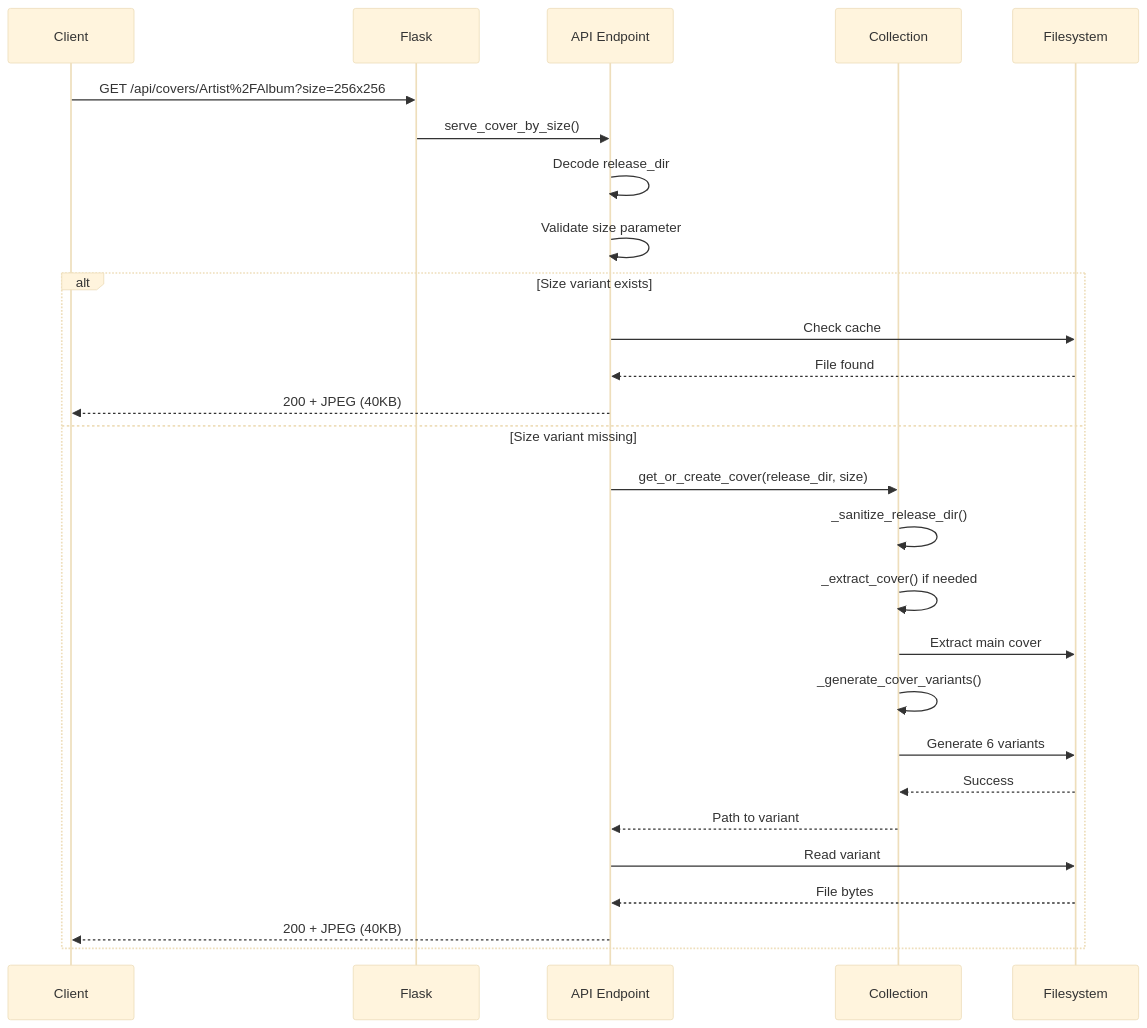
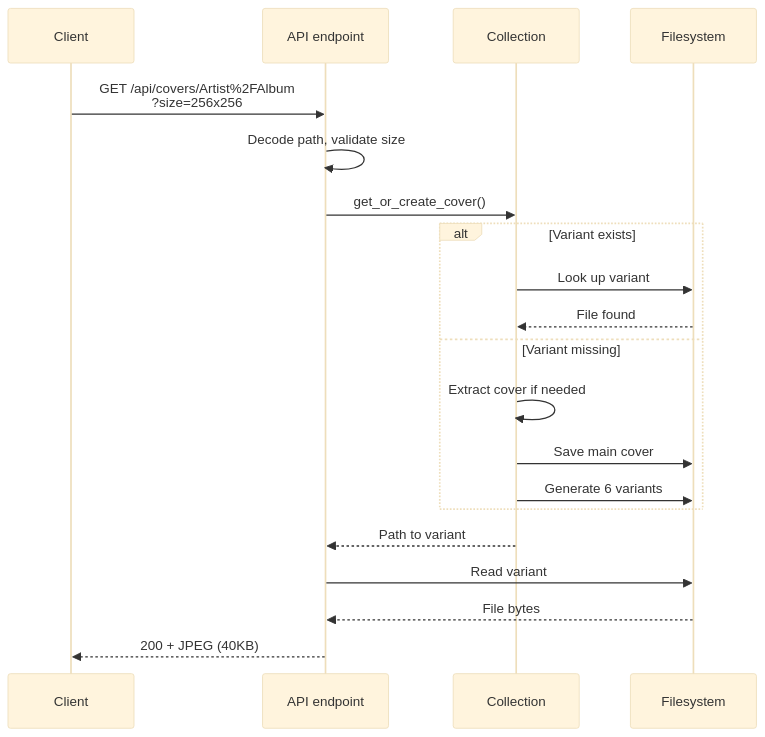
One commit to mark-me/mixtape-society changed the diagram in docs/development/device-integration/android-auto/backend.md. Above: the diagram before and after it, drawn with Mermaid (base theme). The commit also changed 19 other files, not shown here.

First line of the commit message:
Simplify unreadable diagrams and correct small errors in the docs

````diff
--- a/docs/development/device-integration/android-auto/backend.md
+++ b/docs/development/device-integration/android-auto/backend.md
@@ -240,31 +240,23 @@
 ```mermaid
 sequenceDiagram
     participant Client
-    participant Flask
-    participant API Endpoint
+    participant API as API endpoint
     participant Collection
-    participant Filesystem
+    participant FS as Filesystem
 
-    Client->>Flask: GET /api/covers/Artist%2FAlbum?size=256x256
-    Flask->>API Endpoint: serve_cover_by_size()
-    API Endpoint->>API Endpoint: Decode release_dir
-    API Endpoint->>API Endpoint: Validate size parameter
-
-    alt Size variant exists
-        API Endpoint->>Filesystem: Check cache
-        Filesystem-->>API Endpoint: File found
-        API Endpoint-->>Client: 200 + JPEG (40KB)
-    else Size variant missing
-        API Endpoint->>Collection: get_or_create_cover(release_dir, size)
-        Collection->>Collection: _sanitize_release_dir()
-        Collection->>Collection: _extract_cover() if needed
-        Collection->>Filesystem: Extract main cover
-        Collection->>Collection: _generate_cover_variants()
-        Collection->>Filesystem: Generate 6 variants
-        Filesystem-->>Collection: Success
-        Collection-->>API Endpoint: Path to variant
-        API Endpoint->>Filesystem: Read variant
-        Filesystem-->>API Endpoint: File bytes
-        API Endpoint-->>Client: 200 + JPEG (40KB)
+    Client->>API: GET /api/covers/Artist%2FAlbum<br/>?size=256x256
+    API->>API: Decode path, validate size
+    API->>Collection: get_or_create_cover()
+    alt Variant exists
+        Collection->>FS: Look up variant
+        FS-->>Collection: File found
+    else Variant missing
+        Collection->>Collection: Extract cover if needed
+        Collection->>FS: Save main cover
+        Collection->>FS: Generate 6 variants
     end
+    Collection-->>API: Path to variant
+    API->>FS: Read variant
+    FS-->>API: File bytes
+    API-->>Client: 200 + JPEG (40KB)
 ```
````
